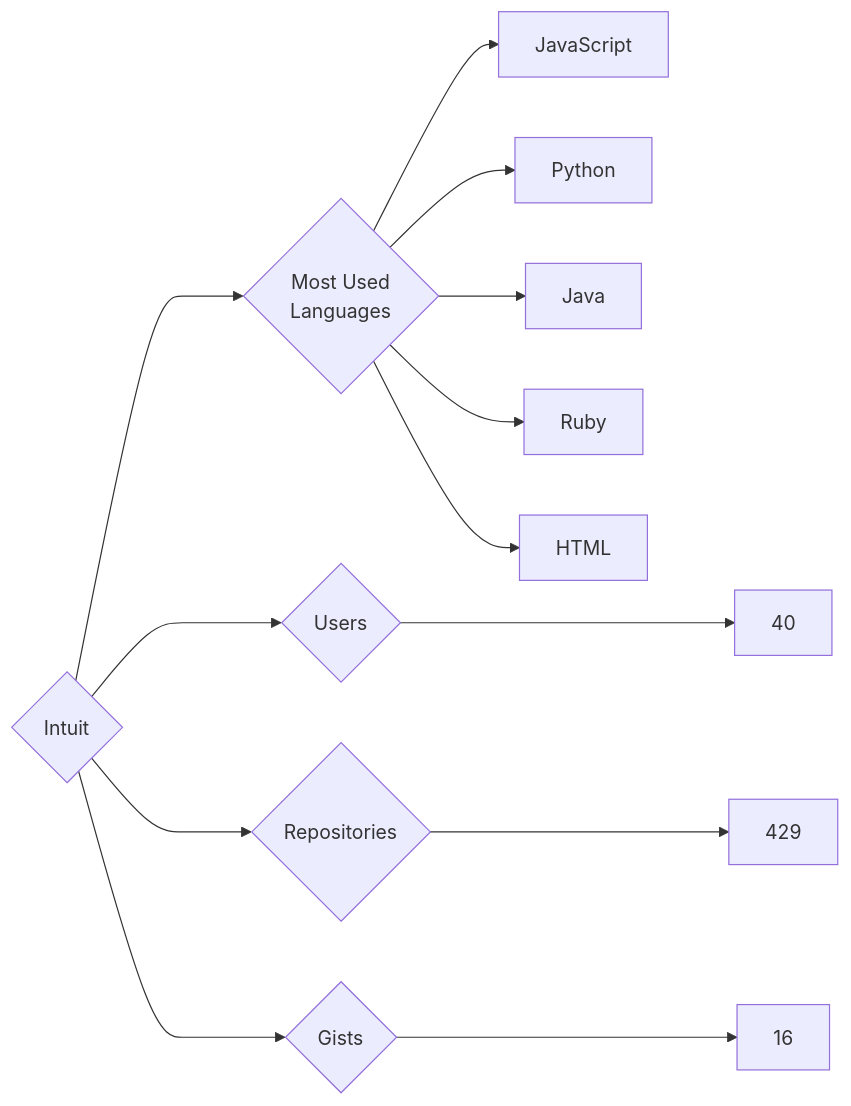
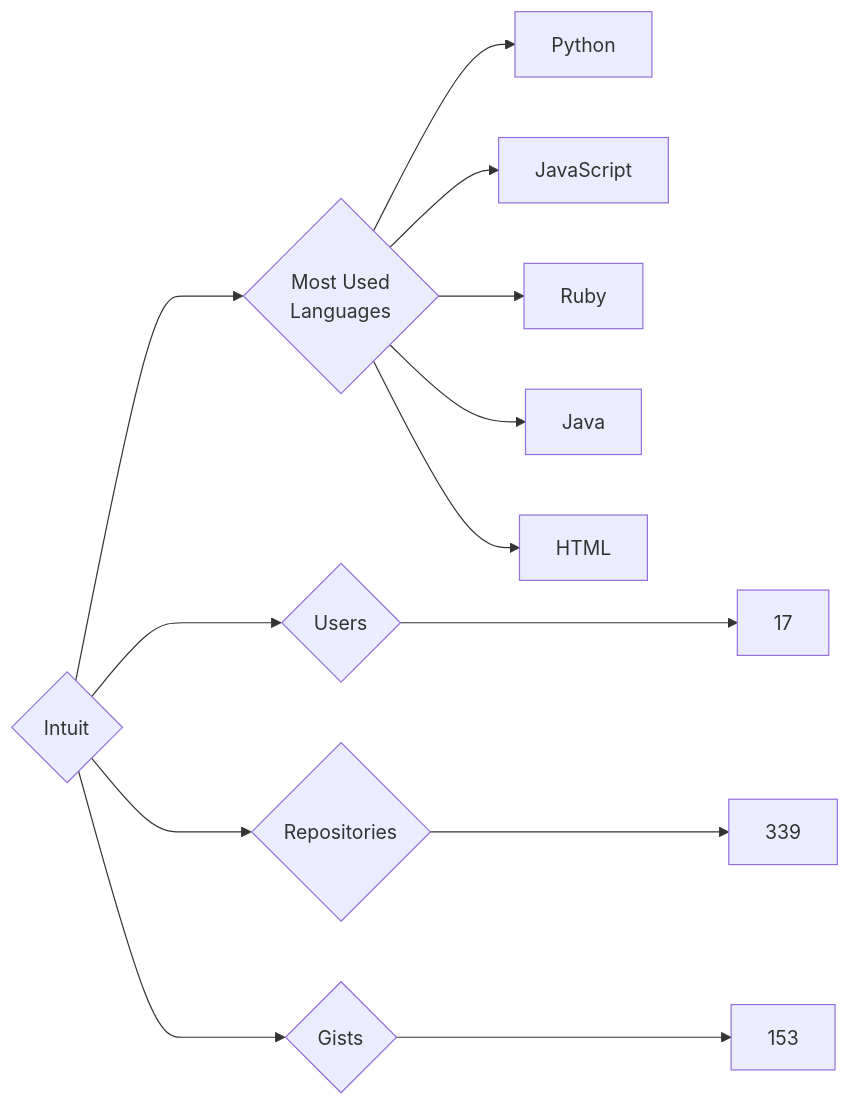
Before and after one commit to trickest/insiders: the diagram in targets/Intuit/README.md, drawn with Mermaid. The commit also changed 772 other files, not shown here.

````diff
--- a/targets/Intuit/README.md
+++ b/targets/Intuit/README.md
@@ -3,13 +3,13 @@
 ```mermaid
 graph LR
 COMPANY_NAME{Intuit}
-COMPANY_NAME ---> U{Users} ---> UN[40]
-COMPANY_NAME ---> R{Repositories} ---> RN[429]
-COMPANY_NAME ---> G{Gists} ---> GN[16]
+COMPANY_NAME ---> U{Users} ---> UN[17]
+COMPANY_NAME ---> R{Repositories} ---> RN[339]
+COMPANY_NAME ---> G{Gists} ---> GN[153]
 COMPANY_NAME ---> ML{Most Used<br>Languages}
+ML --> Python[Python]
 ML --> JavaScript[JavaScript]
-ML --> Python[Python]
+ML --> Ruby[Ruby]
 ML --> Java[Java]
-ML --> Ruby[Ruby]
 ML --> HTML[HTML]
 ```
````
